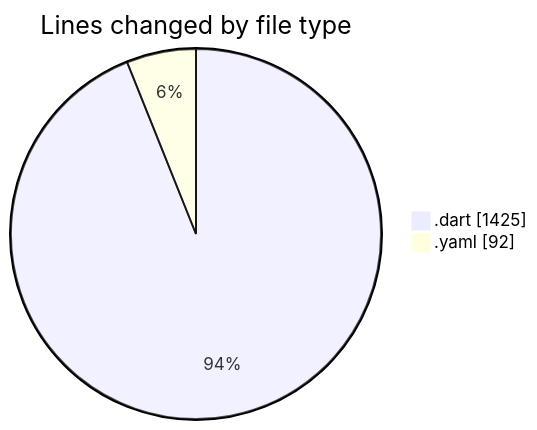
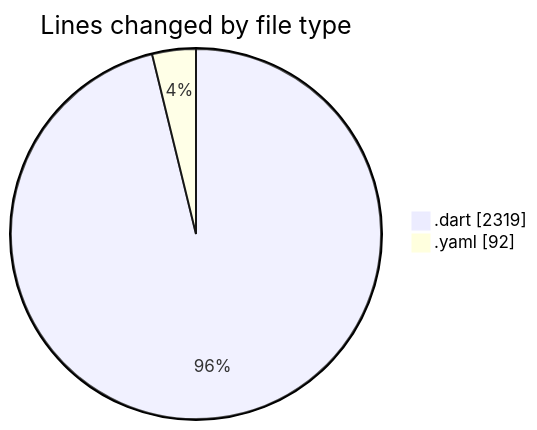
Before and after one commit to donsfak/code-tracking: the first of 2 diagrams in 2025-03-27/wordle/README.md, drawn with Mermaid. The commit also changed other lines of this file and 1 other file, not shown here.

````diff
--- a/2025-03-27/wordle/README.md
+++ b/2025-03-27/wordle/README.md
@@ -28,6 +29,6 @@
 ```mermaid
 pie showData
 title Lines changed by file type
-".dart" : 1425
+".dart" : 2319
 ".yaml" : 92
 ```
````
